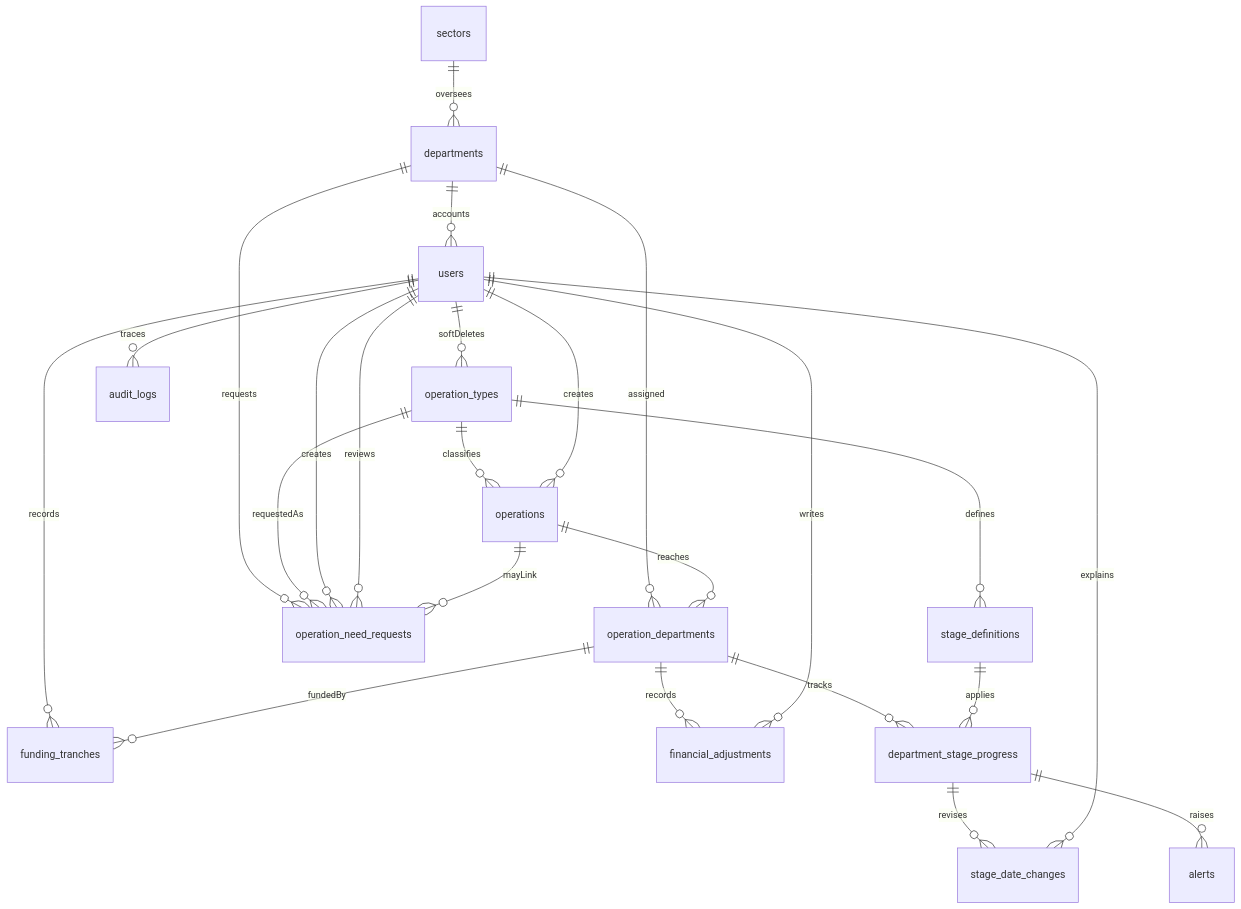
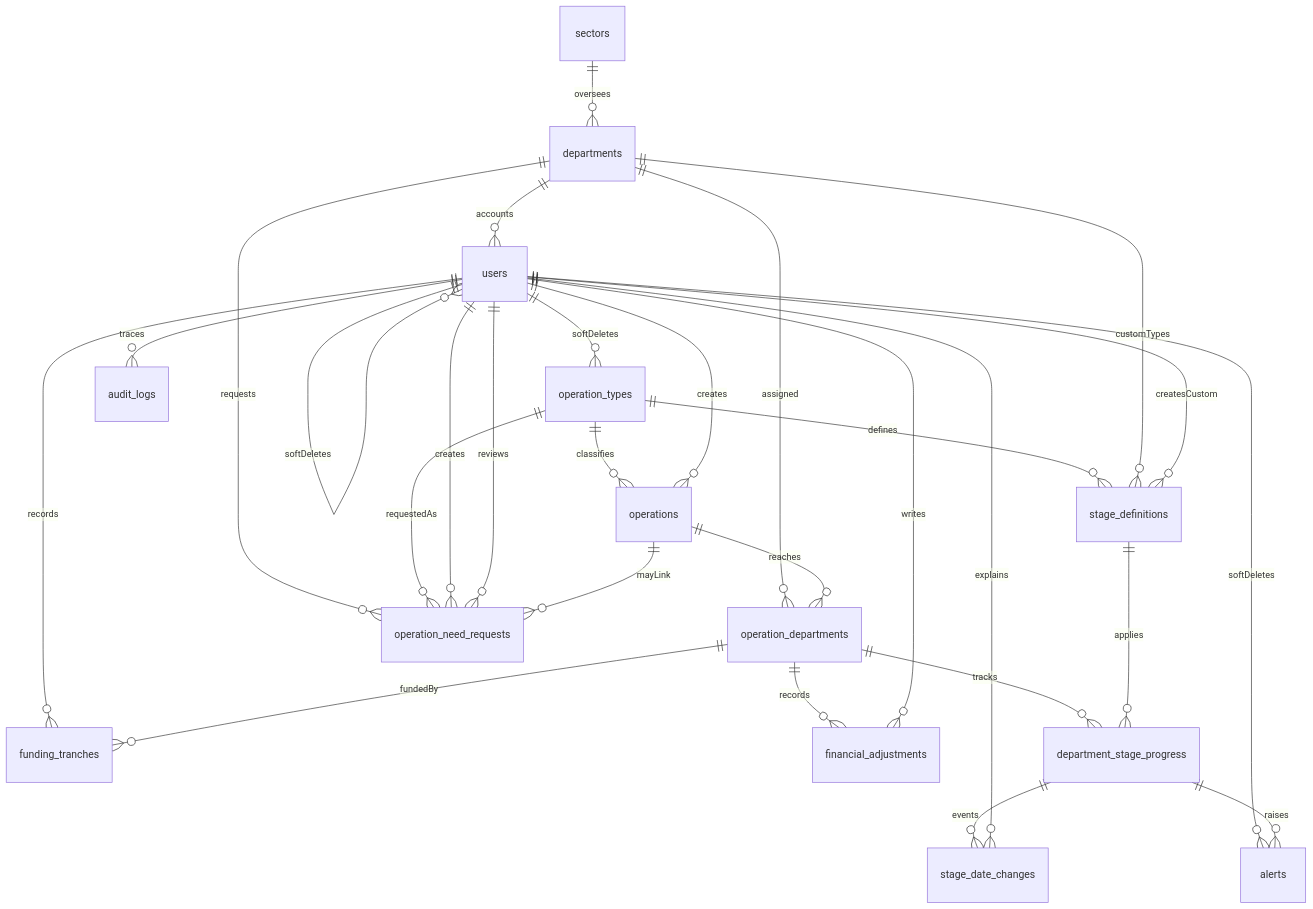
The diagram in docs/operio_erd.mermaid (Ahmedrashed1619/Water-Resourses), drawn with Mermaid before and after one commit. The commit also changed 28 other files, not shown here.

```diff
--- a/docs/operio_erd.mermaid
+++ b/docs/operio_erd.mermaid
@@ -1,24 +1,28 @@
 erDiagram
   sectors ||--o{ departments : oversees
   departments ||--o{ users : accounts
   departments ||--o{ operation_departments : assigned
   departments ||--o{ operation_need_requests : requests
   operation_types ||--o{ stage_definitions : defines
+  departments ||--o{ stage_definitions : customTypes
   operation_types ||--o{ operations : classifies
   operation_types ||--o{ operation_need_requests : requestedAs
   users ||--o{ operations : creates
   users ||--o{ operation_types : softDeletes
+  users ||--o{ users : softDeletes
   users ||--o{ funding_tranches : records
   users ||--o{ operation_need_requests : creates
   users ||--o{ operation_need_requests : reviews
+  users ||--o{ alerts : softDeletes
+  users ||--o{ stage_definitions : createsCustom
   operations ||--o{ operation_departments : reaches
   operations ||--o{ operation_need_requests : mayLink
   operation_departments ||--o{ financial_adjustments : records
   operation_departments ||--o{ funding_tranches : fundedBy
   operation_departments ||--o{ department_stage_progress : tracks
   stage_definitions ||--o{ department_stage_progress : applies
-  department_stage_progress ||--o{ stage_date_changes : revises
+  department_stage_progress ||--o{ stage_date_changes : events
   department_stage_progress ||--o{ alerts : raises
   users ||--o{ financial_adjustments : writes
   users ||--o{ stage_date_changes : explains
   users ||--o{ audit_logs : traces
```
